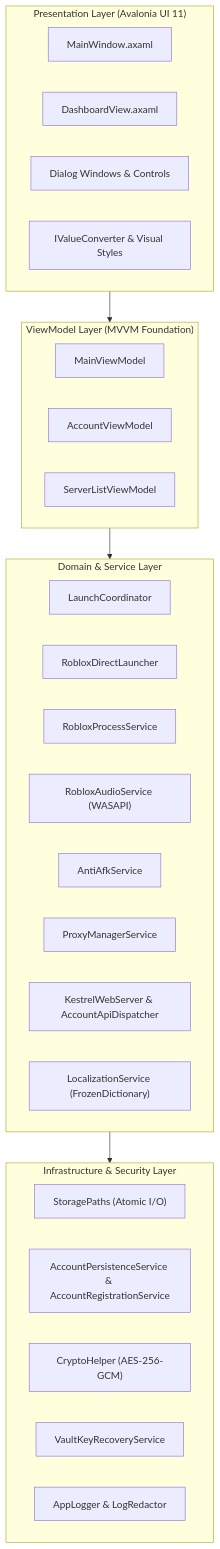
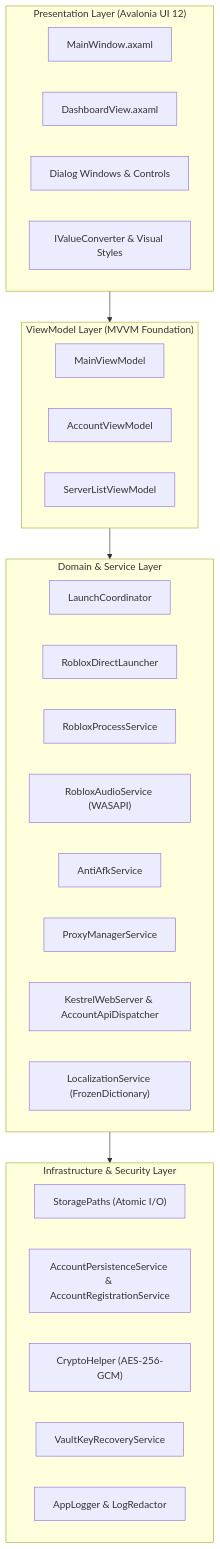
Before and after one commit to TanAkiraTaiVN/Shiro-Account-Manager: the first of 2 diagrams in docs/architecture.md, drawn with Mermaid. The commit also changed other lines of this file and 13 other files, not shown here.

````diff
--- a/docs/architecture.md
+++ b/docs/architecture.md
@@ -18,38 +18,38 @@
 ```mermaid
 graph TD
-    subgraph UI_Layer ["Presentation Layer (Avalonia UI 11)"]
+    subgraph UI_Layer ["Presentation Layer (Avalonia UI 12)"]
         MainWindow["MainWindow.axaml"]
         Dashboard["DashboardView.axaml"]
         Dialogs["Dialog Windows & Controls"]
         Converters["IValueConverter & Visual Styles"]
     end
 
     subgraph VM_Layer ["ViewModel Layer (MVVM Foundation)"]
         MainVM["MainViewModel"]
         AccountVM["AccountViewModel"]
         ServerListVM["ServerListViewModel"]
     end
 
     subgraph Core_Services ["Domain & Service Layer"]
         LaunchCoord["LaunchCoordinator"]
         DirectLaunch["RobloxDirectLauncher"]
         ProcService["RobloxProcessService"]
         AudioService["RobloxAudioService (WASAPI)"]
         AntiAfk["AntiAfkService"]
         ProxyMgr["ProxyManagerService"]
         KestrelSvc["KestrelWebServer & AccountApiDispatcher"]
         LocSvc["LocalizationService (FrozenDictionary)"]
     end
 
     subgraph Storage_Security ["Infrastructure & Security Layer"]
         Storage["StoragePaths (Atomic I/O)"]
         Persistence["AccountPersistenceService & AccountRegistrationService"]
         Crypto["CryptoHelper (AES-256-GCM)"]
         Recovery["VaultKeyRecoveryService"]
         Logger["AppLogger & LogRedactor"]
     end
 
     UI_Layer --> VM_Layer
     VM_Layer --> Core_Services
     Core_Services --> Storage_Security
 ```
````
